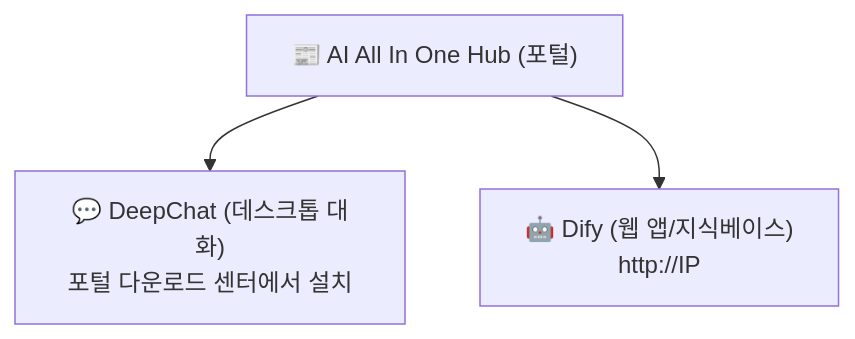
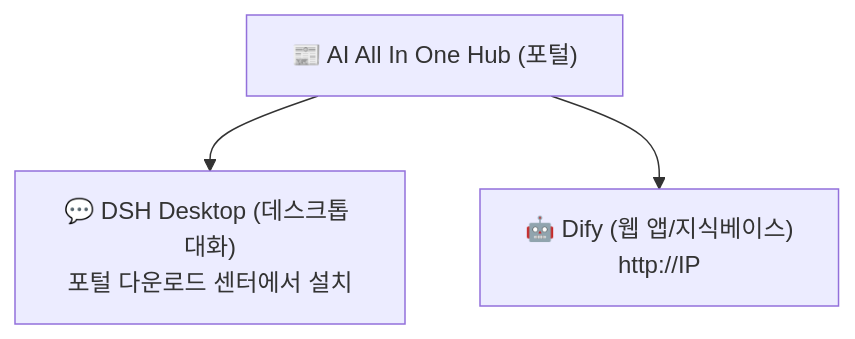
The diagram in docs/i18n/user-manual-ko/ch01-about.md (sdlyxianchao/AIAllInOne), drawn with Mermaid before and after one commit. The commit also changed other lines of this file and 306 other files, not shown here.

````diff
--- a/docs/i18n/user-manual-ko/ch01-about.md
+++ b/docs/i18n/user-manual-ko/ch01-about.md
@@ -17,5 +17,5 @@
 ```mermaid
 flowchart TB
-    A["📰 AI All In One Hub (포털)"] --> B["💬 DeepChat (데스크톱 대화)<br/>포털 다운로드 센터에서 설치"]
+    A["📰 AI All In One Hub (포털)"] --> B["💬 DSH Desktop (데스크톱 대화)<br/>포털 다운로드 센터에서 설치"]
     A["📰 AI All In One Hub (포털)"] --> C["🤖 Dify (웹 앱/지식베이스)<br/>http://IP"]
 ```
````
